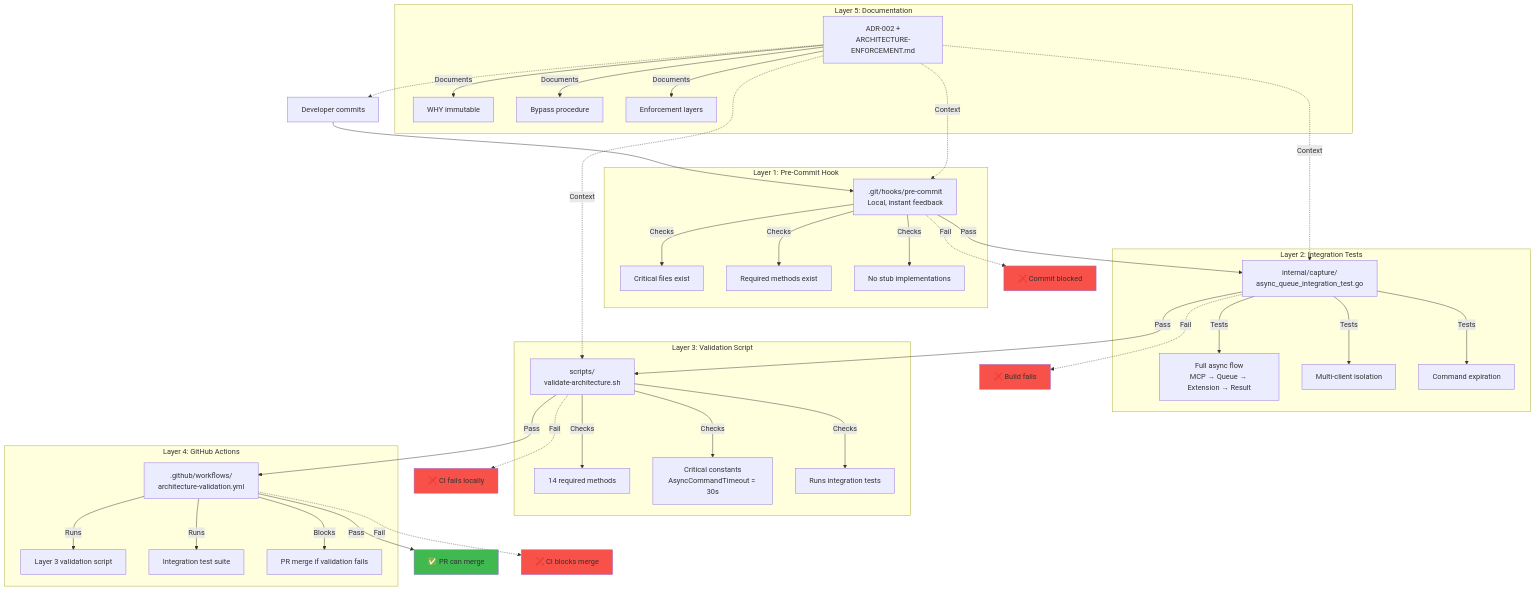
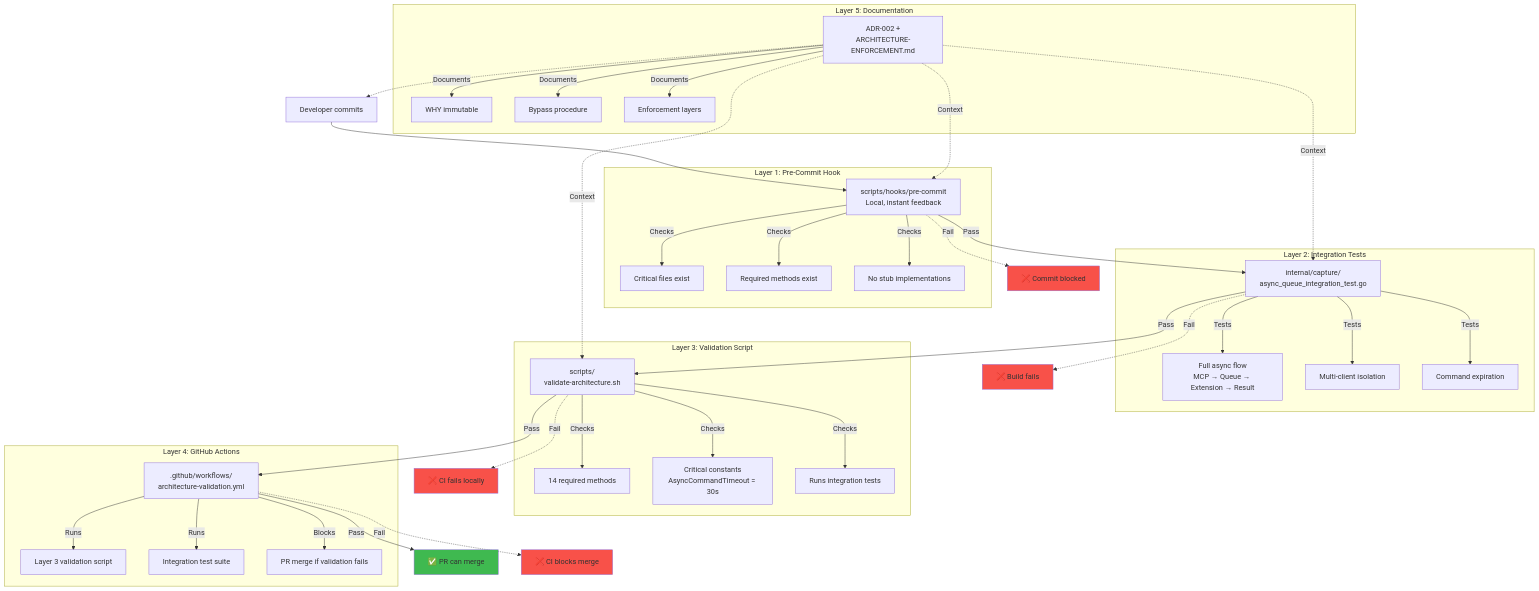
One commit to brennhill/gasoline-mcp-ai-devtools changed the first of 6 diagrams in docs/architecture/diagrams/5-layer-protection.md. Above: the diagram before and after it, drawn with Mermaid. The commit also changed other lines of this file and 357 other files, not shown here.

````diff
--- a/docs/architecture/diagrams/5-layer-protection.md
+++ b/docs/architecture/diagrams/5-layer-protection.md
@@ -11,61 +11,61 @@
 ```mermaid
 graph TB
     subgraph "Layer 1: Pre-Commit Hook"
-        L1[.git/hooks/pre-commit<br/>Local, instant feedback]
+        L1[scripts/hooks/pre-commit<br/>Local, instant feedback]
         L1 -->|Checks| L1A[Critical files exist]
         L1 -->|Checks| L1B[Required methods exist]
         L1 -->|Checks| L1C[No stub implementations]
     end
 
     subgraph "Layer 2: Integration Tests"
         L2[internal/capture/<br/>async_queue_integration_test.go]
         L2 -->|Tests| L2A[Full async flow<br/>MCP → Queue → Extension → Result]
         L2 -->|Tests| L2B[Multi-client isolation]
         L2 -->|Tests| L2C[Command expiration]
     end
 
     subgraph "Layer 3: Validation Script"
         L3[scripts/<br/>validate-architecture.sh]
         L3 -->|Checks| L3A[14 required methods]
         L3 -->|Checks| L3B[Critical constants<br/>AsyncCommandTimeout = 30s]
         L3 -->|Checks| L3C[Runs integration tests]
     end
 
     subgraph "Layer 4: GitHub Actions"
         L4[.github/workflows/<br/>architecture-validation.yml]
         L4 -->|Runs| L4A[Layer 3 validation script]
         L4 -->|Runs| L4B[Integration test suite]
         L4 -->|Blocks| L4C[PR merge if validation fails]
     end
 
     subgraph "Layer 5: Documentation"
         L5[ADR-002 +<br/>ARCHITECTURE-ENFORCEMENT.md]
         L5 -->|Documents| L5A[WHY immutable]
         L5 -->|Documents| L5B[Bypass procedure]
         L5 -->|Documents| L5C[Enforcement layers]
     end
 
     Dev[Developer commits] --> L1
     L1 -->|Pass| L2
     L1 -.->|Fail| Block1[❌ Commit blocked]
 
     L2 -->|Pass| L3
     L2 -.->|Fail| Block2[❌ Build fails]
 
     L3 -->|Pass| L4
     L3 -.->|Fail| Block3[❌ CI fails locally]
 
     L4 -->|Pass| Merge[✅ PR can merge]
     L4 -.->|Fail| Block4[❌ CI blocks merge]
 
     L5 -.-> Dev
     L5 -.->|Context| L1
     L5 -.->|Context| L2
     L5 -.->|Context| L3
 
     style Block1 fill:#f85149
     style Block2 fill:#f85149
     style Block3 fill:#f85149
     style Block4 fill:#f85149
     style Merge fill:#3fb950
 ```
````
